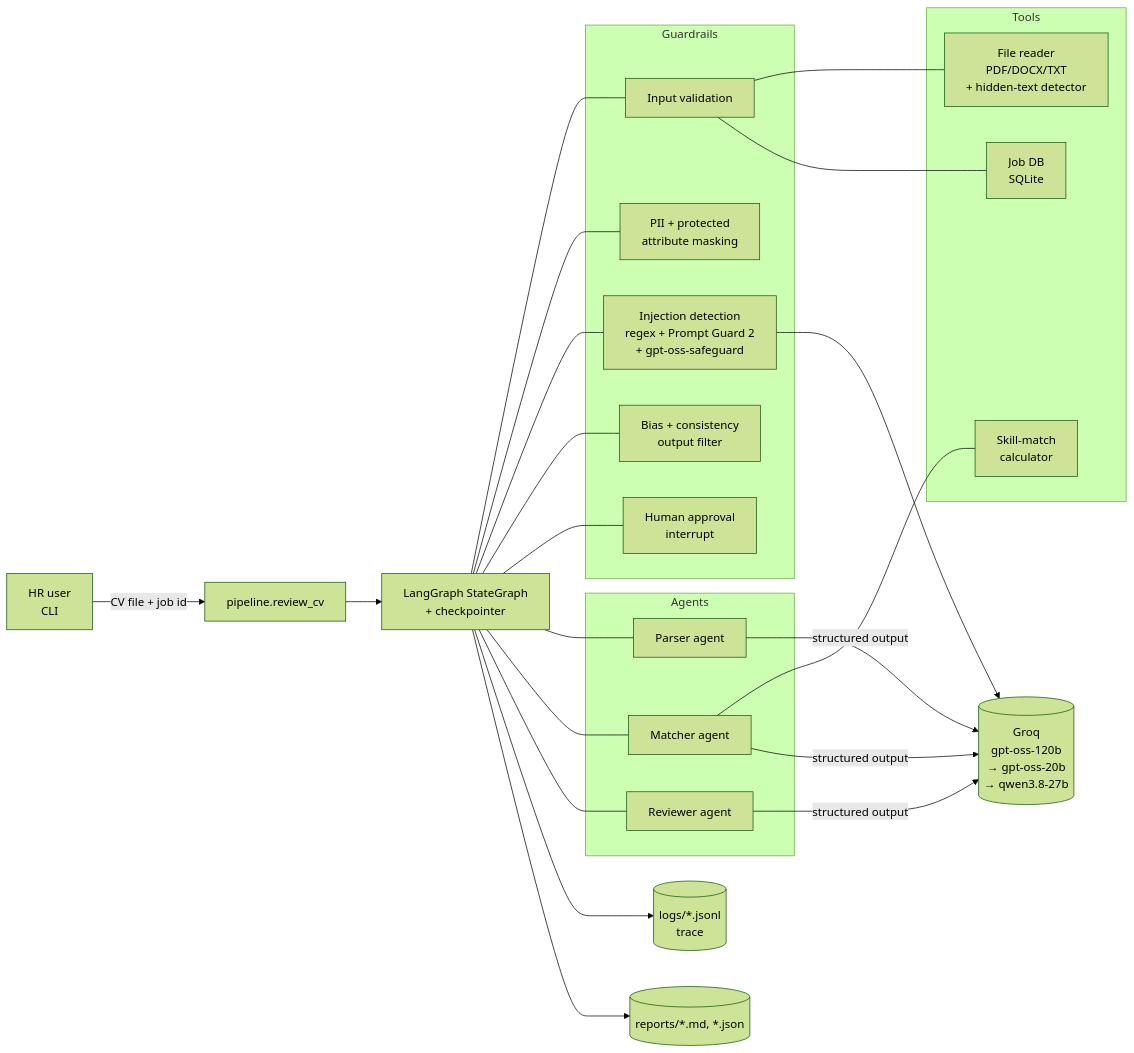
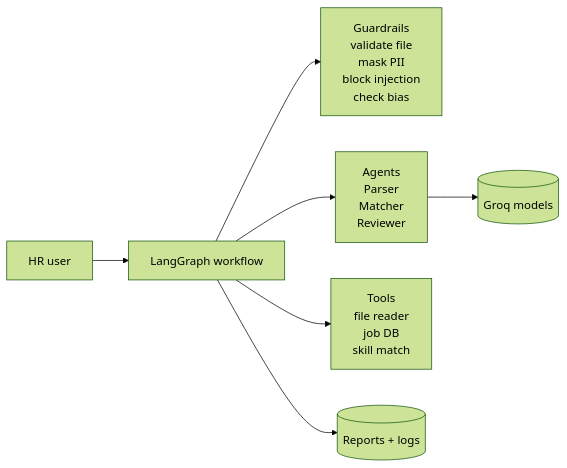
The first of 2 diagrams in README.md (OmarAfet/sdaia-agentic-ai-cv-reviewer), drawn with Mermaid (forest theme) before and after one commit. The commit also changed other lines of this file and 3 other files, not shown here.

First line of the commit message:
docs: step-by-step Colab notebook, pre-made CVs, simpler diagrams

````diff
--- a/README.md
+++ b/README.md
@@ -65,34 +65,9 @@
 ```mermaid
 flowchart LR
-    U[HR user<br/>CLI] -->|CV file + job id| P[pipeline.review_cv]
-    P --> G[LangGraph StateGraph<br/>+ checkpointer]
-
-    subgraph Guardrails
-        V[Input validation]
-        PII[PII + protected<br/>attribute masking]
-        INJ[Injection detection<br/>regex + Prompt Guard 2<br/>+ gpt-oss-safeguard]
-        B[Bias + consistency<br/>output filter]
-        H[Human approval<br/>interrupt]
-    end
-
-    subgraph Agents
-        A1[Parser agent]
-        A2[Matcher agent]
-        A3[Reviewer agent]
-    end
-
-    subgraph Tools
-        T1[File reader<br/>PDF/DOCX/TXT<br/>+ hidden-text detector]
-        T2[Job DB<br/>SQLite]
-        T3[Skill-match<br/>calculator]
-    end
-
-    G --- V & PII & INJ & B & H
-    G --- A1 & A2 & A3
-    V --- T1 & T2
-    A2 --- T3
-    A1 & A2 & A3 -->|structured output| LLM[(Groq<br/>gpt-oss-120b<br/>→ gpt-oss-20b<br/>→ qwen3.8-27b)]
-    INJ --> LLM
-    G --> L[(logs/*.jsonl<br/>trace)]
-    G --> R[(reports/*.md, *.json)]
+    HR[HR user] --> WF[LangGraph workflow]
+    WF --> GR[Guardrails<br/>validate file<br/>mask PII<br/>block injection<br/>check bias]
+    WF --> AG[Agents<br/>Parser<br/>Matcher<br/>Reviewer]
+    WF --> TL[Tools<br/>file reader<br/>job DB<br/>skill match]
+    AG --> LLM[(Groq models)]
+    WF --> OUT[(Reports + logs)]
 ```
````
